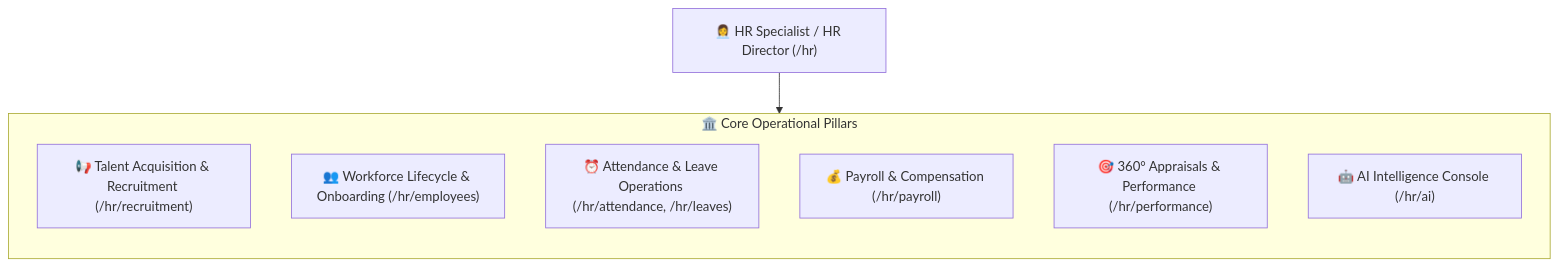
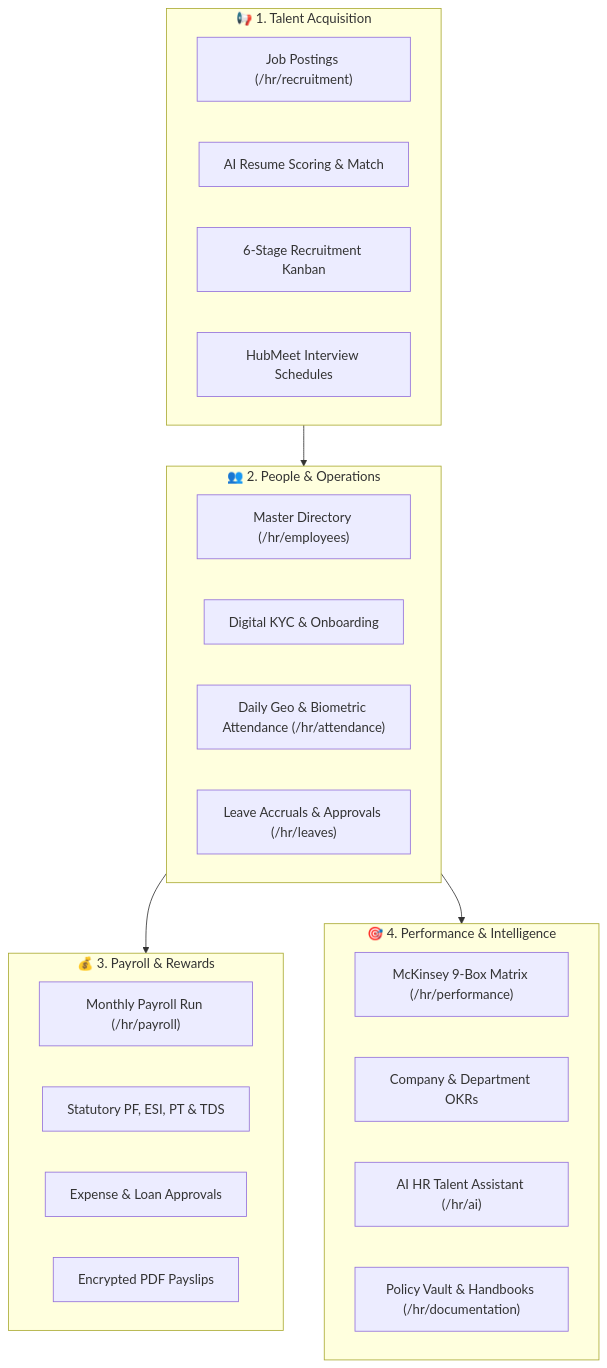
Before and after one commit to SRJ-GROUP/hubnest_user_guide: the diagram in docs/hrms-hr/index.md, drawn with Mermaid. The commit also changed other lines of this file and 13 other files, not shown here.

Commit message:
docs(hrms-hr): complete comprehensive guide for HR Specialist and HR Director modules

````diff
--- a/docs/hrms-hr/index.md
+++ b/docs/hrms-hr/index.md
@@ -16,16 +16,34 @@
 ```mermaid
-graph TB
-    HRPersona["👩‍💼 HR Specialist / HR Director (/hr)"]
-
-    subgraph CorePillars["🏛️ Core Operational Pillars"]
-        direction TB
-        P1["📢 Talent Acquisition & Recruitment (/hr/recruitment)"]
-        P2["👥 Workforce Lifecycle & Onboarding (/hr/employees)"]
-        P3["⏰ Attendance & Leave Operations (/hr/attendance, /hr/leaves)"]
-        P4["💰 Payroll & Compensation (/hr/payroll)"]
-        P5["🎯 360° Appraisals & Performance (/hr/performance)"]
-        P6["🤖 AI Intelligence Console (/hr/ai)"]
+graph TD
+    subgraph Sourcing["📢 1. Talent Acquisition"]
+        Jobs["Job Postings (/hr/recruitment)"]
+        AI_Screen["AI Resume Scoring & Match"]
+        Kanban["6-Stage Recruitment Kanban"]
+        Meet["HubMeet Interview Schedules"]
     end
 
-    HRPersona --> CorePillars
+    subgraph Operations["👥 2. People & Operations"]
+        EmpMaster["Master Directory (/hr/employees)"]
+        Onboard["Digital KYC & Onboarding"]
+        Att["Daily Geo & Biometric Attendance (/hr/attendance)"]
+        Leaves["Leave Accruals & Approvals (/hr/leaves)"]
+    end
+
+    subgraph Finance["💰 3. Payroll & Rewards"]
+        PayRun["Monthly Payroll Run (/hr/payroll)"]
+        Stat["Statutory PF, ESI, PT & TDS"]
+        Claims["Expense & Loan Approvals"]
+        Payslips["Encrypted PDF Payslips"]
+    end
+
+    subgraph Strategy["🎯 4. Performance & Intelligence"]
+        NineBox["McKinsey 9-Box Matrix (/hr/performance)"]
+        OKRs["Company & Department OKRs"]
+        AICons["AI HR Talent Assistant (/hr/ai)"]
+        Docs["Policy Vault & Handbooks (/hr/documentation)"]
+    end
+
+    Sourcing --> Operations
+    Operations --> Finance
+    Operations --> Strategy
 ```
````
